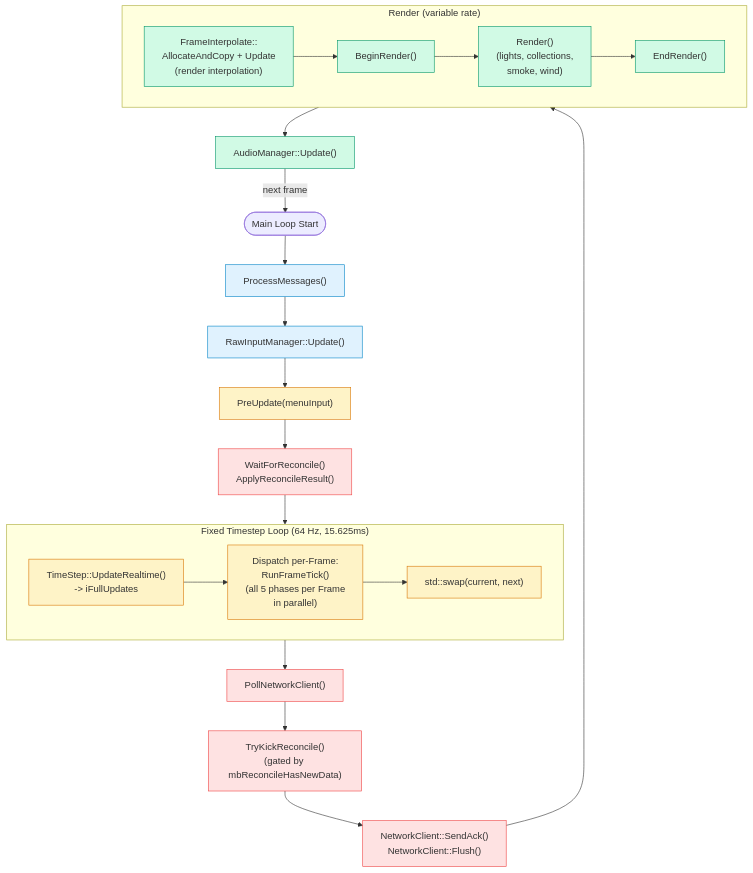
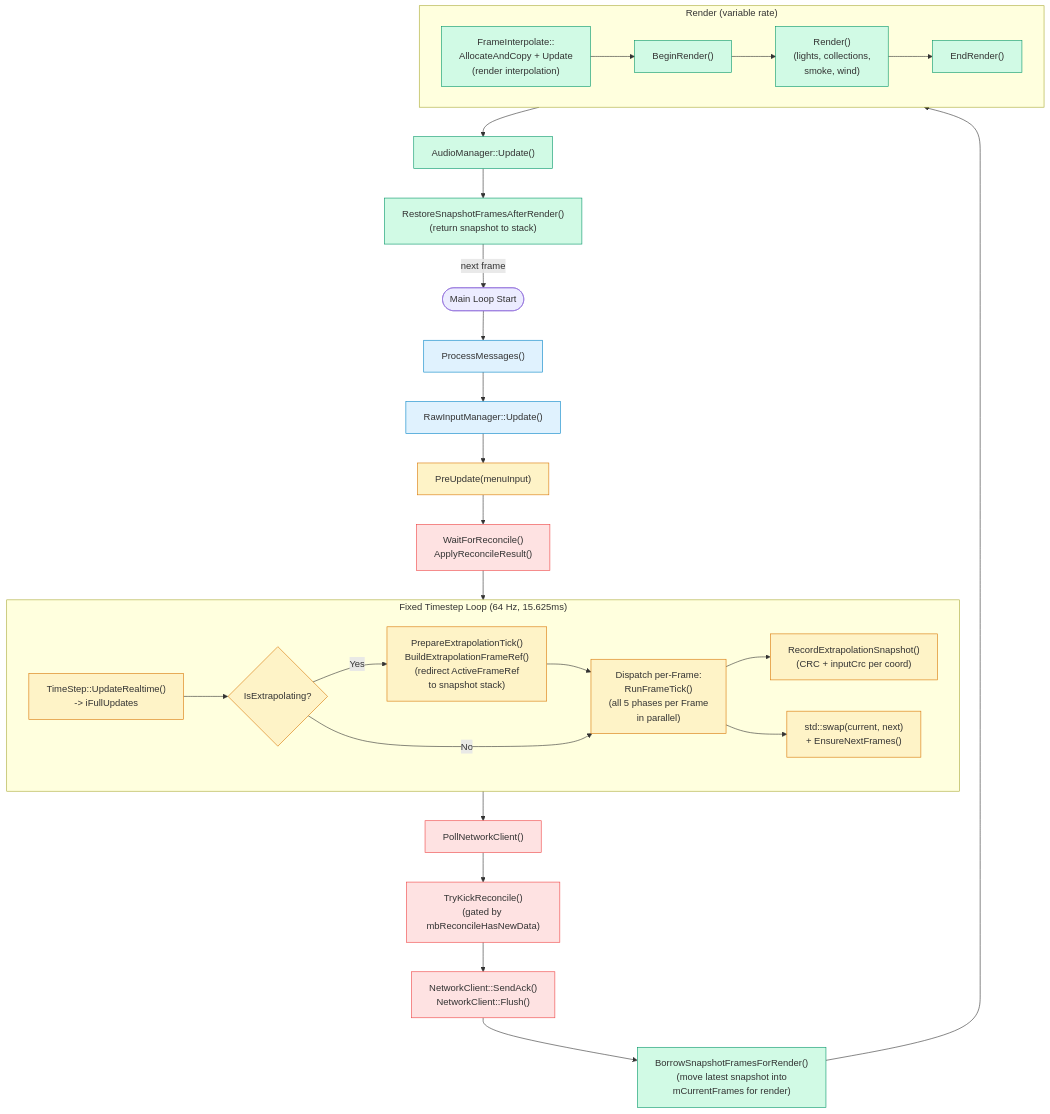
The second of 5 diagrams in Documents/Architecture/FrameUpdatePipeline.md (DougTanner/BrokenEnginePublic), drawn with Mermaid before and after one commit. The commit also changed other lines of this file and 11 other files, not shown here.

````diff
--- a/Documents/Architecture/FrameUpdatePipeline.md
+++ b/Documents/Architecture/FrameUpdatePipeline.md
@@ -53,42 +53,51 @@
 ```mermaid
 %%{init: {'theme': 'default'}}%%
 flowchart TD
     classDef input fill:#e0f2fe,stroke:#0284c7
     classDef physics fill:#fef3c7,stroke:#d97706
     classDef network fill:#fee2e2,stroke:#ef4444
     classDef render fill:#d1fae5,stroke:#059669
 
     start(["Main Loop Start"])
 
     msgs["ProcessMessages()"]:::input
     input["RawInputManager::Update()"]:::input
 
     preupdate["PreUpdate(menuInput)"]:::physics
 
     reconcile["WaitForReconcile()<br/>ApplyReconcileResult()"]:::network
 
     subgraph physics_loop ["Fixed Timestep Loop (64 Hz, 15.625ms)"]
         ts["TimeStep::UpdateRealtime()<br/>-> iFullUpdates"]:::physics
+        extrap_check{"IsExtrapolating?"}:::physics
+        extrap_prep["PrepareExtrapolationTick()<br/>BuildExtrapolationFrameRef()<br/>(redirect ActiveFrameRef<br/>to snapshot stack)"]:::physics
         dispatch["Dispatch per-Frame:<br/>RunFrameTick()<br/>(all 5 phases per Frame<br/>in parallel)"]:::physics
-        frame_swap["std::swap(current, next)"]:::physics
-        ts --> dispatch --> frame_swap
+        extrap_record["RecordExtrapolationSnapshot()<br/>(CRC + inputCrc per coord)"]:::physics
+        frame_swap["std::swap(current, next)<br/>+ EnsureNextFrames()"]:::physics
+        ts --> extrap_check
+        extrap_check -->|"Yes"| extrap_prep --> dispatch --> extrap_record
+        extrap_check -->|"No"| dispatch --> frame_swap
     end
 
     net_poll["PollNetworkClient()"]:::network
     kick["TryKickReconcile()<br/>(gated by mbReconcileHasNewData)"]:::network
     send["NetworkClient::SendAck()<br/>NetworkClient::Flush()"]:::network
+
+    borrow["BorrowSnapshotFramesForRender()<br/>(move latest snapshot into<br/>mCurrentFrames for render)"]:::render
 
     subgraph render_phase ["Render (variable rate)"]
         r_interp["FrameInterpolate::<br/>AllocateAndCopy + Update<br/>(render interpolation)"]:::render
         r_begin["BeginRender()"]:::render
         r_main["Render()<br/>(lights, collections,<br/>smoke, wind)"]:::render
         r_end["EndRender()"]:::render
         r_interp --> r_begin --> r_main --> r_end
     end
 
     audio["AudioManager::Update()"]:::render
 
+    restore["RestoreSnapshotFramesAfterRender()<br/>(return snapshot to stack)"]:::render
+
     start --> msgs --> input --> preupdate --> reconcile --> physics_loop
-    physics_loop --> net_poll --> kick --> send --> render_phase --> audio
-    audio -->|next frame| start
+    physics_loop --> net_poll --> kick --> send --> borrow --> render_phase --> audio --> restore
+    restore -->|next frame| start
 ```
````
